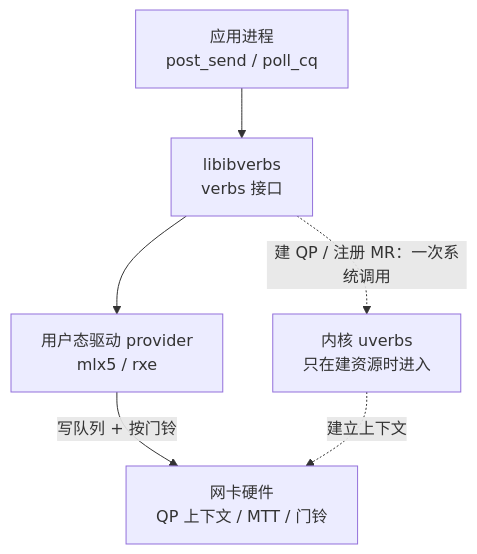
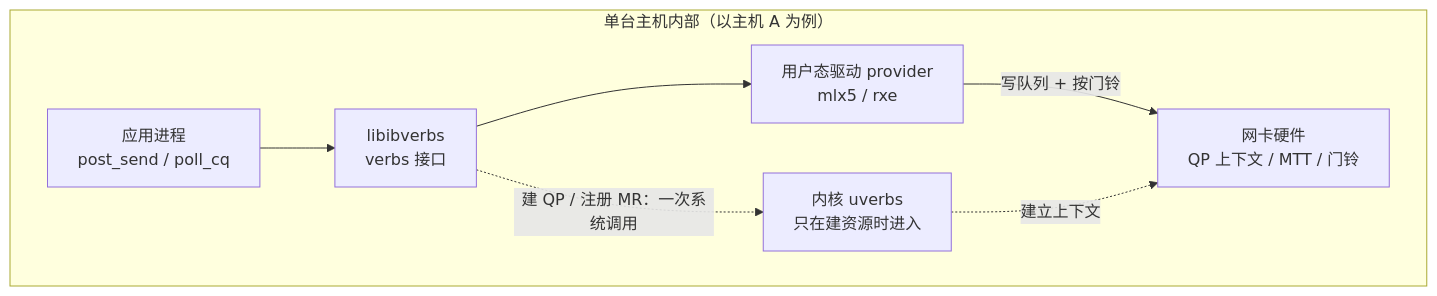
Before and after one commit to lnsyyj/lnsyyj.github.io: the third of 4 diagrams in _posts/2026-10-26-rdma-datapath.md, drawn with Mermaid. The commit also changed other lines of this file, not shown here.

First line of the commit message:
post(rdma): 全景图改为两台主机内部结构，固定本端/对端视角

````diff
--- a/_posts/2026-10-26-rdma-datapath.md
+++ b/_posts/2026-10-26-rdma-datapath.md
@@ -103,14 +144,15 @@
 ```mermaid
 flowchart TB
-    APP["应用进程<br/>post_send / poll_cq"]
-    LIB["libibverbs<br/>verbs 接口"]
-    PROV["用户态驱动 provider<br/>mlx5 / rxe"]
-    SYS["内核 uverbs<br/>只在建资源时进入"]
-    NIC["网卡硬件<br/>QP 上下文 / MTT / 门铃"]
-
-    APP --> LIB
-    LIB --> PROV
-    PROV -->|"写队列 + 按门铃"| NIC
-    LIB -.->|"建 QP / 注册 MR：一次系统调用"| SYS
-    SYS -.->|"建立上下文"| NIC
+    subgraph ONE["单台主机内部（以主机 A 为例）"]
+        APP["应用进程<br/>post_send / poll_cq"]
+        LIB["libibverbs<br/>verbs 接口"]
+        PROV["用户态驱动 provider<br/>mlx5 / rxe"]
+        SYS["内核 uverbs<br/>只在建资源时进入"]
+        NIC["网卡硬件<br/>QP 上下文 / MTT / 门铃"]
+        APP --> LIB
+        LIB --> PROV
+        PROV -->|"写队列 + 按门铃"| NIC
+        LIB -.->|"建 QP / 注册 MR：一次系统调用"| SYS
+        SYS -.->|"建立上下文"| NIC
+    end
 ```
````
